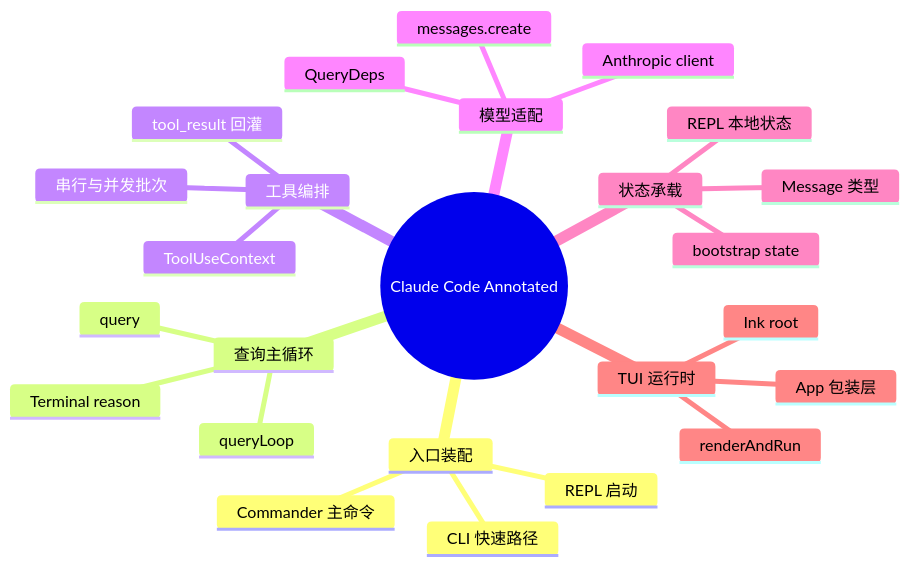
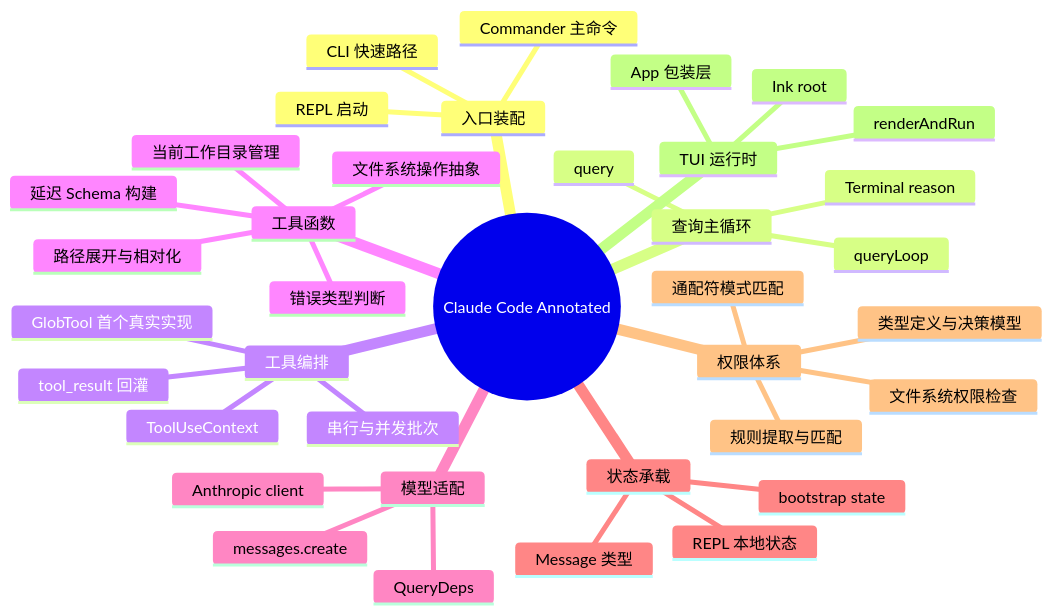
Before and after one commit to friendlyhank/claude-code-annotated: the diagram in notes/reviews/overview.md, drawn with Mermaid. The commit also changed other lines of this file and 25 other files, not shown here.

First line of the commit message:
chore: 增量更新 graphify 知识图谱与文档沉淀 (2026-04-16)

````diff
--- a/notes/reviews/overview.md
+++ b/notes/reviews/overview.md
@@ -141,28 +165,40 @@
 ```mermaid
 mindmap
   root((Claude Code Annotated))
     入口装配
       CLI 快速路径
       Commander 主命令
       REPL 启动
     查询主循环
       query
       queryLoop
       Terminal reason
     工具编排
       ToolUseContext
       串行与并发批次
       tool_result 回灌
+      GlobTool 首个真实实现
+    工具函数
+      路径展开与相对化
+      当前工作目录管理
+      文件系统操作抽象
+      延迟 Schema 构建
+      错误类型判断
     模型适配
       QueryDeps
       Anthropic client
       messages.create
     状态承载
       bootstrap state
       Message 类型
       REPL 本地状态
+    权限体系
+      类型定义与决策模型
+      规则提取与匹配
+      文件系统权限检查
+      通配符模式匹配
     TUI 运行时
       Ink root
       renderAndRun
       App 包装层
 ```
````
